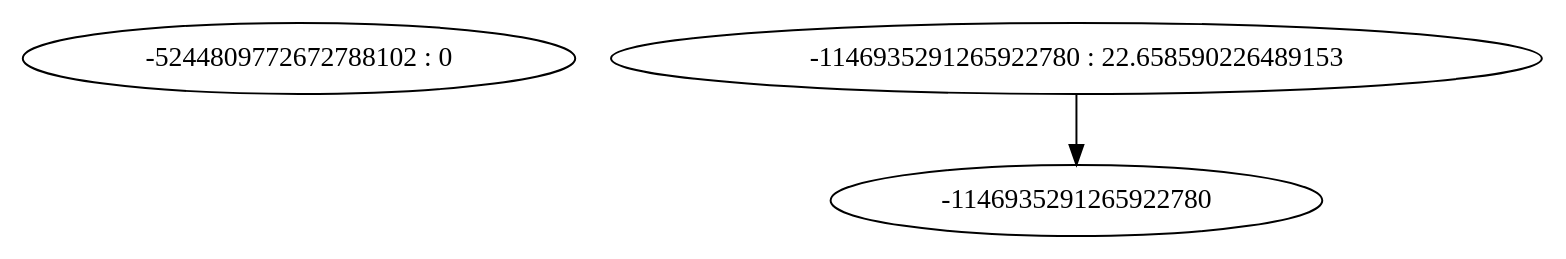
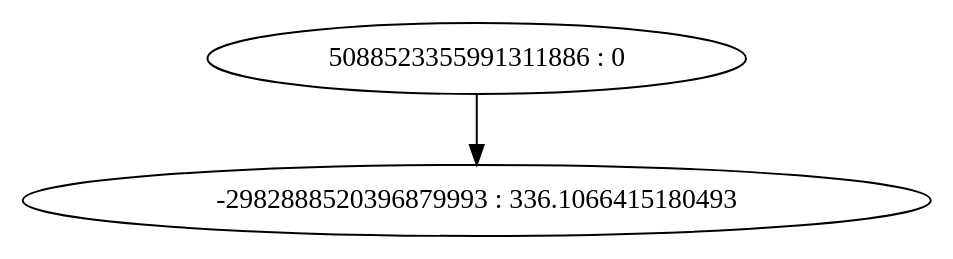
The diagram in plots/tree_14.dot.gv (aka2910/P2P-currency-simulator), drawn with Graphviz before and after one commit. The commit also changed 101 other files, not shown here.

```diff
--- a/plots/tree_14.dot.gv
+++ b/plots/tree_14.dot.gv
@@ -1,5 +1,5 @@
 digraph "plots/tree_14.dot" {
-	0 [label="-5244809772672788102 : 0"]
-	1 [label="-1146935291265922780 : 22.658590226489153"]
-	1 -> -1146935291265922780
+	0 [label="5088523355991311886 : 0"]
+	1 [label="-2982888520396879993 : 336.1066415180493"]
+	0 -> 1
 }
```
